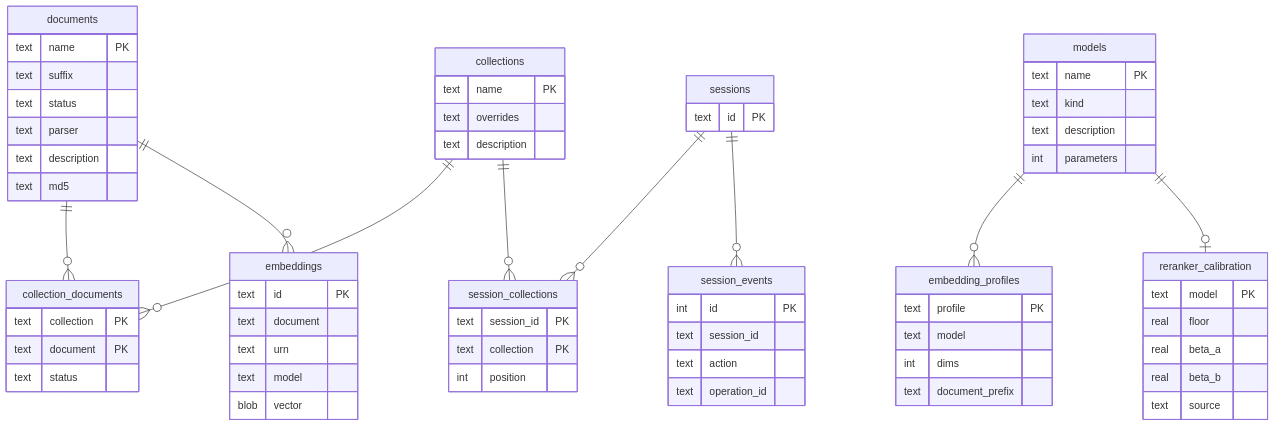
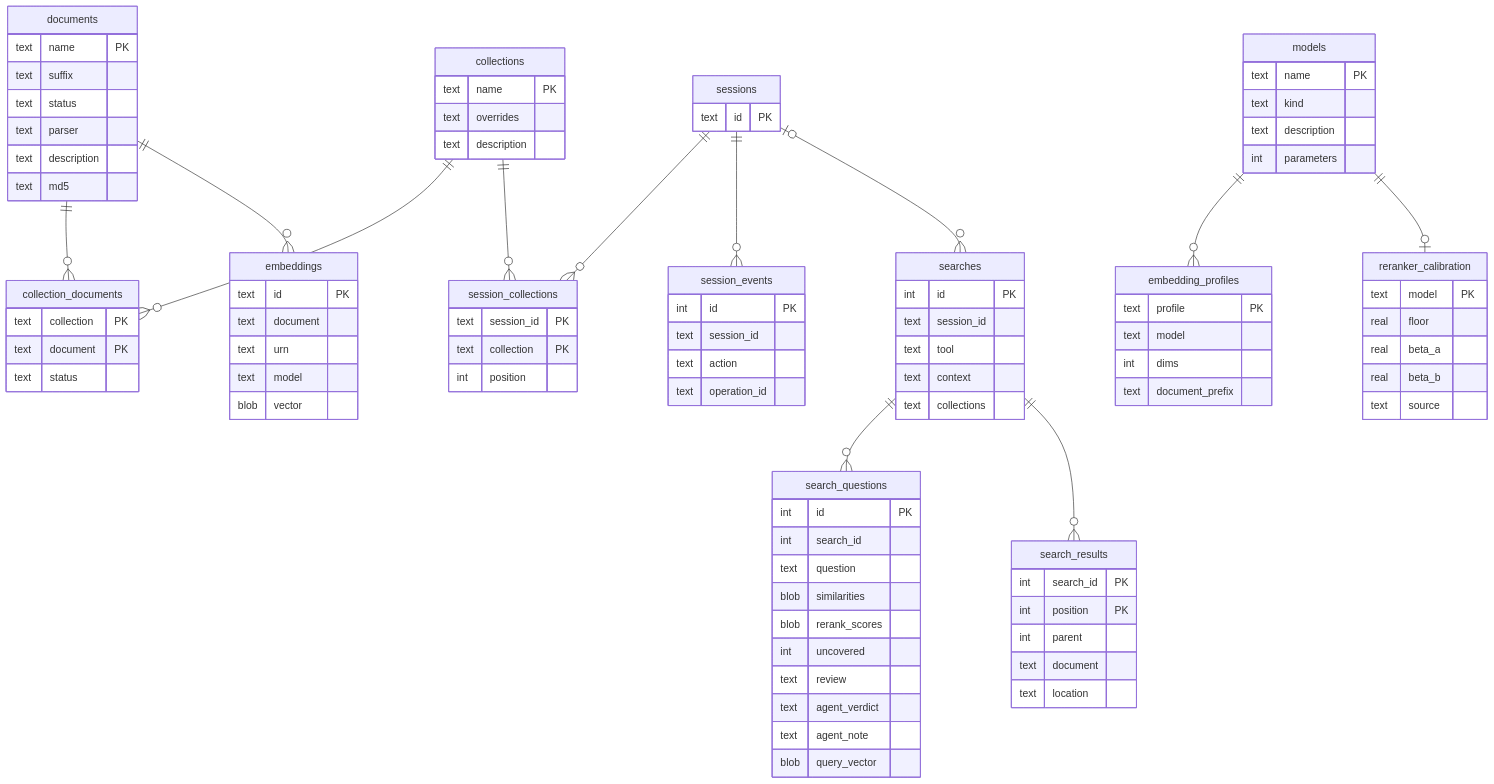
Before and after one commit to haskian/haskie: the diagram in docs/storage.md, drawn with Mermaid. The commit also changed other lines of this file and 74 other files, not shown here.

Commit message:
feat!: Gaps — search log and unanswered questions (#25)

```diff
--- a/docs/storage.md
+++ b/docs/storage.md
@@ -37,6 +37,9 @@
     sessions ||--o{ session_collections : ""
     collections ||--o{ session_collections : ""
     sessions ||--o{ session_events : ""
+    sessions |o--o{ searches : ""
+    searches ||--o{ search_questions : ""
+    searches ||--o{ search_results : ""
     models ||--o{ embedding_profiles : ""
     models ||--o| reranker_calibration : ""
     documents {
@@ -78,6 +81,32 @@
         text action
         text operation_id
     }
+    searches {
+        int id PK
+        text session_id
+        text tool
+        text context
+        text collections
+    }
+    search_questions {
+        int id PK
+        int search_id
+        text question
+        blob similarities
+        blob rerank_scores
+        int uncovered
+        text review
+        text agent_verdict
+        text agent_note
+        blob query_vector
+    }
+    search_results {
+        int search_id PK
+        int position PK
+        int parent
+        text document
+        text location
+    }
     models {
         text name PK
         text kind
```
